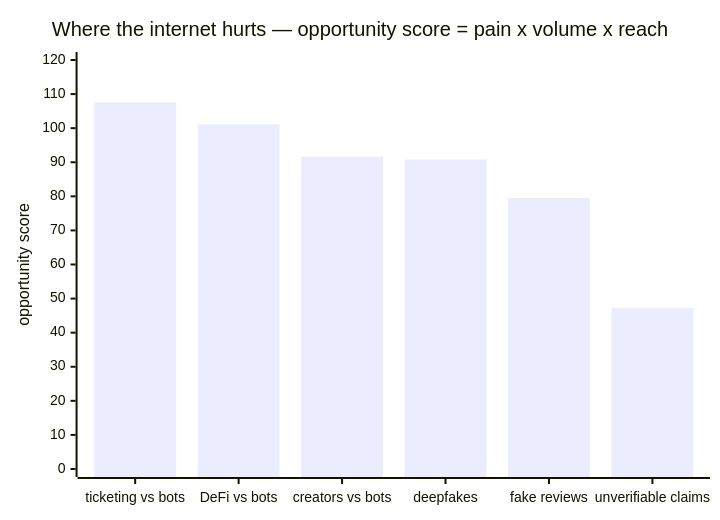
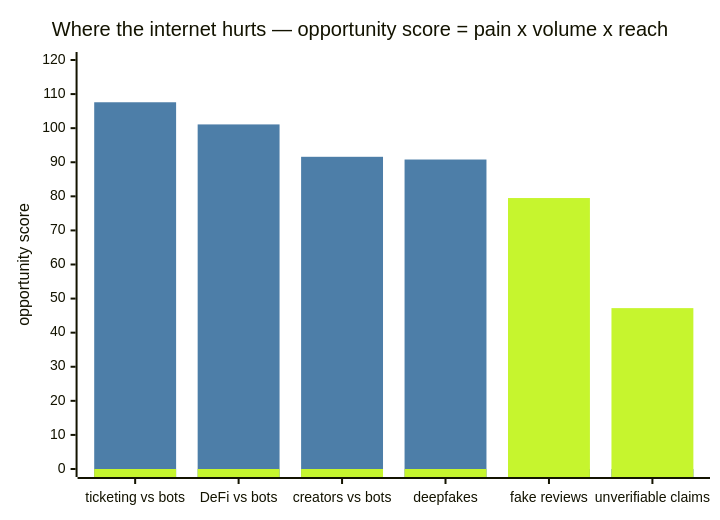
The first of 4 diagrams in README.md (jmgomezl/aivy-checkout), drawn with Mermaid before and after one commit. The commit also changed other lines of this file, not shown here.

Commit message:
README chart: the sectors we picked get the lime accent
Two overlaid bar series (mermaid xychart has no per-bar colors): blue
for the field, lime — the app's own accent — for fake reviews and
unverifiable claims, the wedge we built.

````diff
--- a/README.md
+++ b/README.md
@@ -52,7 +52,14 @@
 ```mermaid
+---
+config:
+  themeVariables:
+    xyChart:
+      plotColorPalette: "#4d7ea8, #c6f52e"
+---
 xychart-beta
     title "Where the internet hurts — opportunity score = pain x volume x reach"
     x-axis ["ticketing vs bots", "DeFi vs bots", "creators vs bots", "deepfakes", "fake reviews", "unverifiable claims"]
     y-axis "opportunity score" 0 --> 120
-    bar [107.6, 101.1, 91.6, 90.8, 79.5, 47.2]
+    bar [107.6, 101.1, 91.6, 90.8, 0, 0]
+    bar [0, 0, 0, 0, 79.5, 47.2]
 ```
````
